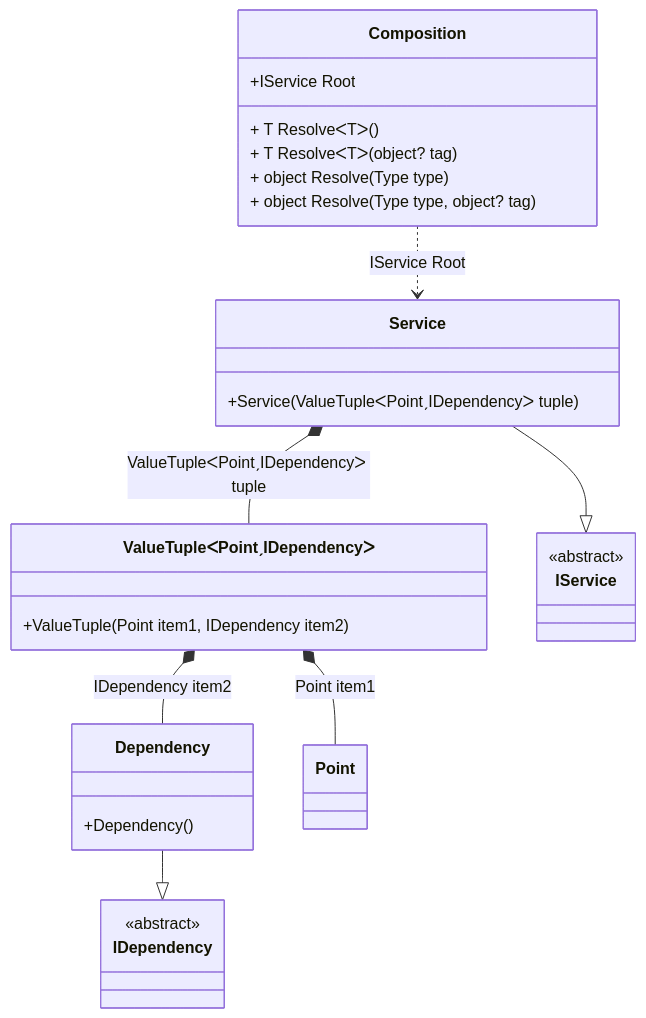
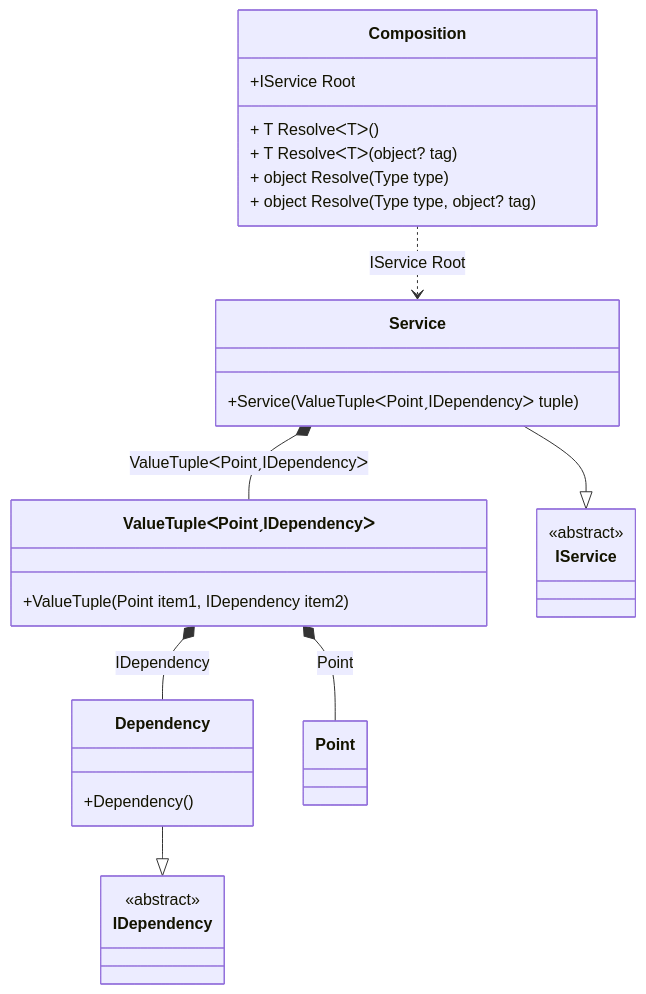
Before and after one commit to DevTeam/Pure.DI: the diagram in readme/tuple.md, drawn with Mermaid. The commit also changed other lines of this file and 84 other files, not shown here.

````diff
--- a/readme/tuple.md
+++ b/readme/tuple.md
@@ -39,32 +39,32 @@
 ```mermaid
 classDiagram
   class Composition {
     +IService Root
     + T ResolveᐸTᐳ()
     + T ResolveᐸTᐳ(object? tag)
     + object Resolve(Type type)
     + object Resolve(Type type, object? tag)
   }
   class ValueTupleᐸPointˏIDependencyᐳ {
     +ValueTuple(Point item1, IDependency item2)
   }
   Service --|> IService : 
   class Service {
     +Service(ValueTupleᐸPointˏIDependencyᐳ tuple)
   }
   Dependency --|> IDependency : 
   class Dependency {
     +Dependency()
   }
   class Point
   class IService {
     <<abstract>>
   }
   class IDependency {
     <<abstract>>
   }
-  ValueTupleᐸPointˏIDependencyᐳ *--  Point : Point item1
-  ValueTupleᐸPointˏIDependencyᐳ *--  Dependency : IDependency item2
-  Service *--  ValueTupleᐸPointˏIDependencyᐳ : ValueTupleᐸPointˏIDependencyᐳ tuple
+  ValueTupleᐸPointˏIDependencyᐳ *--  Point : Point
+  ValueTupleᐸPointˏIDependencyᐳ *--  Dependency : IDependency
+  Service *--  ValueTupleᐸPointˏIDependencyᐳ : ValueTupleᐸPointˏIDependencyᐳ
   Composition ..> Service : IService Root
 ```
````
